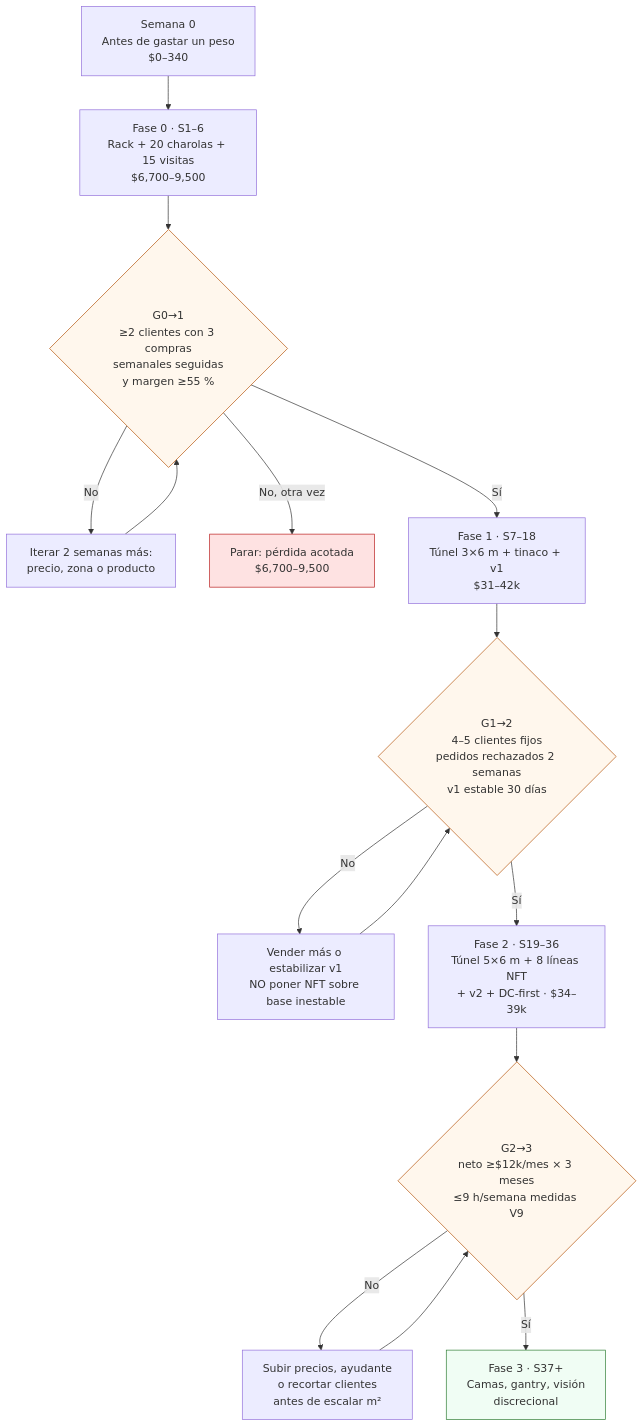
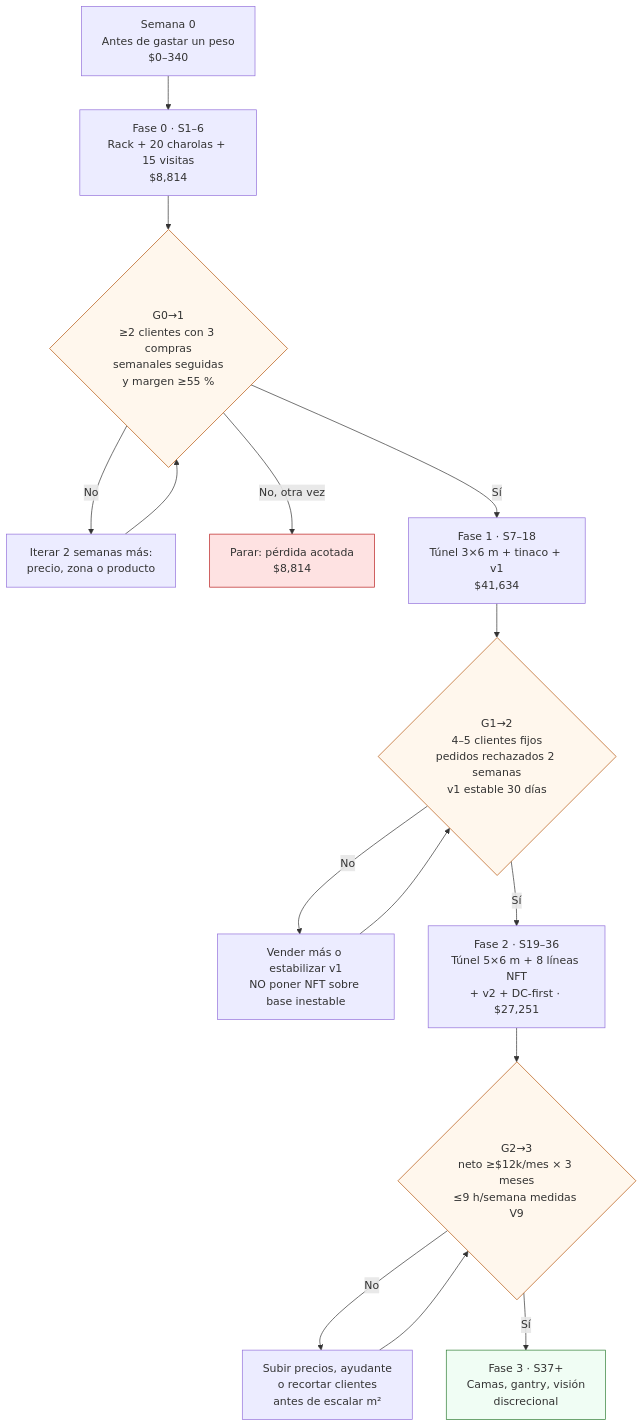
One commit to AndresIslas99/HomeGreen changed the diagram in docs/index.md. Above: the diagram before and after it, drawn with Mermaid. The commit also changed other lines of this file and 14 other files, not shown here.

````diff
--- a/docs/index.md
+++ b/docs/index.md
@@ -33,22 +33,22 @@
 ```mermaid
 flowchart TD
-    S0[Semana 0<br/>Antes de gastar un peso<br/>$0–340] --> F0[Fase 0 · S1–6<br/>Rack + 20 charolas + 15 visitas<br/>$6,700–9,500]
+    S0[Semana 0<br/>Antes de gastar un peso<br/>$0–340] --> F0[Fase 0 · S1–6<br/>Rack + 20 charolas + 15 visitas<br/>$8,814]
     F0 --> G0{G0→1<br/>≥2 clientes con 3 compras<br/>semanales seguidas<br/>y margen ≥55 %}
     G0 -- No --> IT0[Iterar 2 semanas más:<br/>precio, zona o producto]
     IT0 --> G0
-    G0 -- No, otra vez --> STOP[Parar: pérdida acotada<br/>$6,700–9,500]
-    G0 -- Sí --> F1[Fase 1 · S7–18<br/>Túnel 3×6 m + tinaco + v1<br/>$31–42k]
+    G0 -- No, otra vez --> STOP[Parar: pérdida acotada<br/>$8,814]
+    G0 -- Sí --> F1[Fase 1 · S7–18<br/>Túnel 3×6 m + tinaco + v1<br/>$41,634]
     F1 --> G1{G1→2<br/>4–5 clientes fijos<br/>pedidos rechazados 2 semanas<br/>v1 estable 30 días}
     G1 -- No --> IT1[Vender más o estabilizar v1<br/>NO poner NFT sobre base inestable]
     IT1 --> G1
-    G1 -- Sí --> F2[Fase 2 · S19–36<br/>Túnel 5×6 m + 8 líneas NFT<br/>+ v2 + DC-first · $34–39k]
+    G1 -- Sí --> F2[Fase 2 · S19–36<br/>Túnel 5×6 m + 8 líneas NFT<br/>+ v2 + DC-first · $27,251]
     F2 --> G2{G2→3<br/>neto ≥$12k/mes × 3 meses<br/>≤9 h/semana medidas V9}
     G2 -- No --> IT2[Subir precios, ayudante<br/>o recortar clientes<br/>antes de escalar m²]
     IT2 --> G2
     G2 -- Sí --> F3[Fase 3 · S37+<br/>Camas, gantry, visión<br/>discrecional]
     style G0 fill:#fff7ed,stroke:#b45309
     style G1 fill:#fff7ed,stroke:#b45309
     style G2 fill:#fff7ed,stroke:#b45309
     style STOP fill:#fee2e2,stroke:#b91c1c
     style F3 fill:#f0fdf4,stroke:#2e7d32
 ```
````
